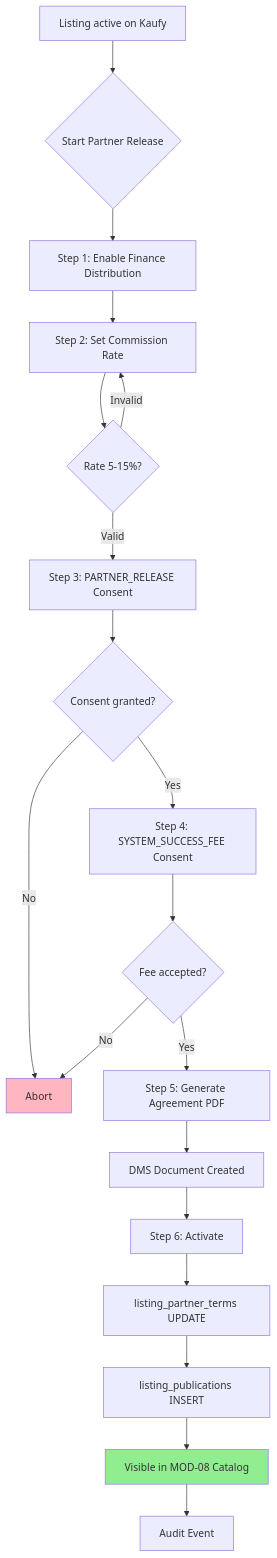
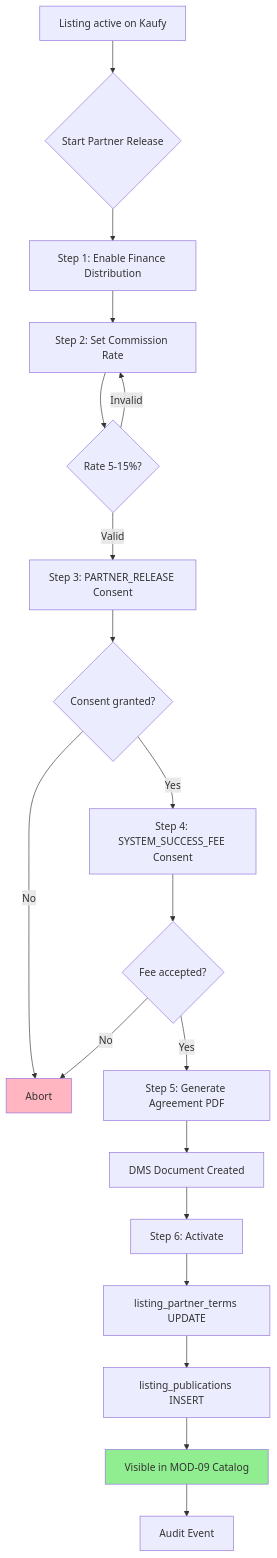
One commit to thomasstelzl1981/town-square-platform changed the fourth of 19 diagrams in docs/presentation/SYSTEM_DIAGRAM.md. Above: the diagram before and after it, drawn with Mermaid. The commit also changed other lines of this file and 4 other files, not shown here.

````diff
--- a/docs/presentation/SYSTEM_DIAGRAM.md
+++ b/docs/presentation/SYSTEM_DIAGRAM.md
@@ -172,24 +191,24 @@
 ```mermaid
 flowchart TD
     A[Listing active on Kaufy] --> B{Start Partner Release}
     B --> C[Step 1: Enable Finance Distribution]
     C --> D[Step 2: Set Commission Rate]
     D --> E{Rate 5-15%?}
     E -->|Invalid| D
     E -->|Valid| F[Step 3: PARTNER_RELEASE Consent]
     F --> G{Consent granted?}
     G -->|No| H[Abort]
     G -->|Yes| I[Step 4: SYSTEM_SUCCESS_FEE Consent]
     I --> J{Fee accepted?}
     J -->|No| H
     J -->|Yes| K[Step 5: Generate Agreement PDF]
     K --> L[DMS Document Created]
     L --> M[Step 6: Activate]
     M --> N[listing_partner_terms UPDATE]
     N --> O[listing_publications INSERT]
-    O --> P[Visible in MOD-08 Catalog]
+    O --> P[Visible in MOD-09 Catalog]
     P --> Q[Audit Event]
 
     style P fill:#90EE90
     style H fill:#FFB6C1
 ```
````
